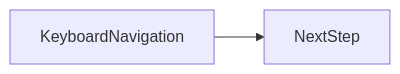
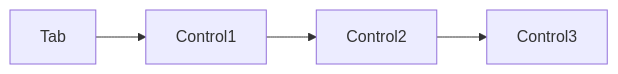
The second of 2 diagrams in docs/en/18-accessibility/keyboard-navigation/index.md (OmidJavaherii/Frontend-Engineering-Handbook), drawn with Mermaid before and after one commit. The commit also changed other lines of this file and 461 other files, not shown here.

````diff
--- a/docs/en/18-accessibility/keyboard-navigation/index.md
+++ b/docs/en/18-accessibility/keyboard-navigation/index.md
@@ -94,4 +110,4 @@
 ```mermaid
 flowchart LR
-  concept[KeyboardNavigation] --> nextStep[NextStep]
+  Tab --> Control1 --> Control2 --> Control3
 ```
````
